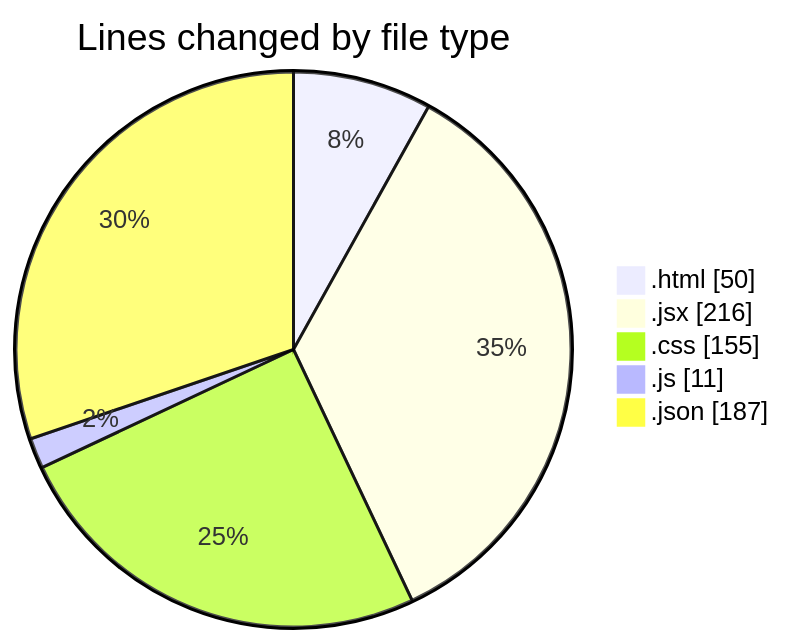
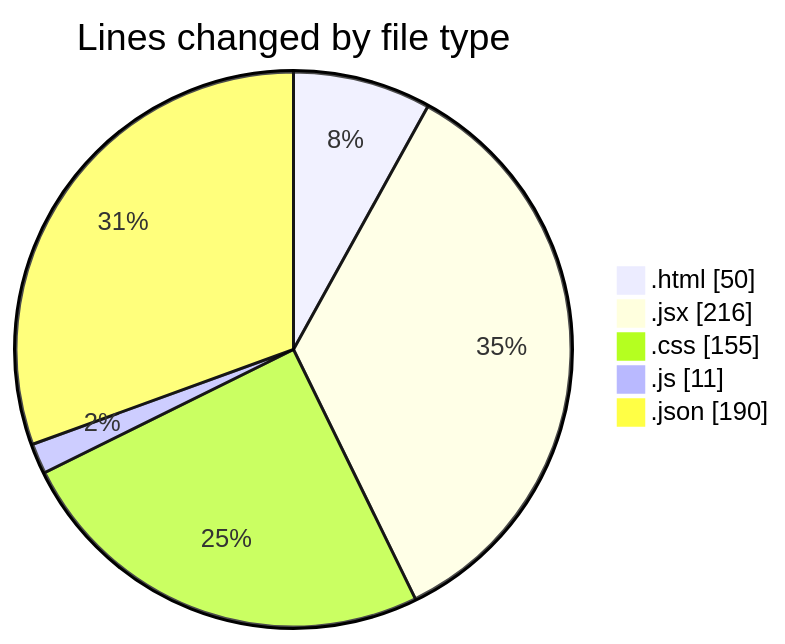
The first of 2 diagrams in 2025-02-12/elitegpt/README.md (Elitesun/code-tracking), drawn with Mermaid before and after one commit. The commit also changed other lines of this file and 1 other file, not shown here.

````diff
--- a/2025-02-12/elitegpt/README.md
+++ b/2025-02-12/elitegpt/README.md
@@ -30,9 +30,9 @@
 ```mermaid
 pie showData
 title Lines changed by file type
 ".html" : 50
 ".jsx" : 216
 ".css" : 155
 ".js" : 11
-".json" : 187
+".json" : 190
 ```
````
